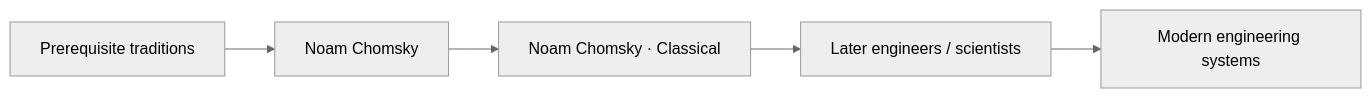
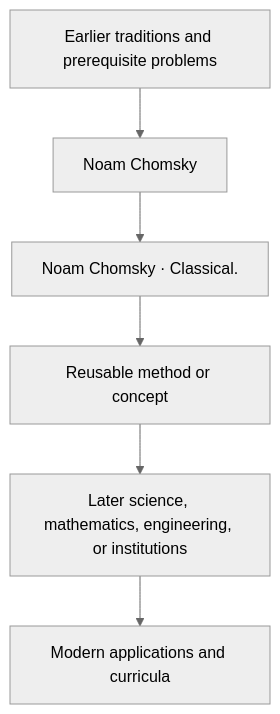
One commit to via-decide/ViaLogic changed the diagram in docs/history/noam-chomsky/influence.md. Above: the diagram before and after it, drawn with Mermaid (neutral theme). The commit also changed other lines of this file and 858 other files, not shown here.

````diff
--- a/docs/history/noam-chomsky/influence.md
+++ b/docs/history/noam-chomsky/influence.md
@@ -29,7 +16,8 @@
 ```mermaid
-graph LR
-  prerequisites["Prerequisite traditions"] --> current["Noam Chomsky"]
-  current --> contribution["Noam Chomsky · Classical"]
-  contribution --> successors["Later engineers / scientists"]
-  successors --> modern["Modern engineering systems"]
+graph TD
+  Prior[Earlier traditions and prerequisite problems] --> Person[Noam Chomsky]
+  Person --> Contribution[Noam Chomsky · Classical.]
+  Contribution --> Method[Reusable method or concept]
+  Method --> Later[Later science, mathematics, engineering, or institutions]
+  Later --> Modern[Modern applications and curricula]
 ```
````
